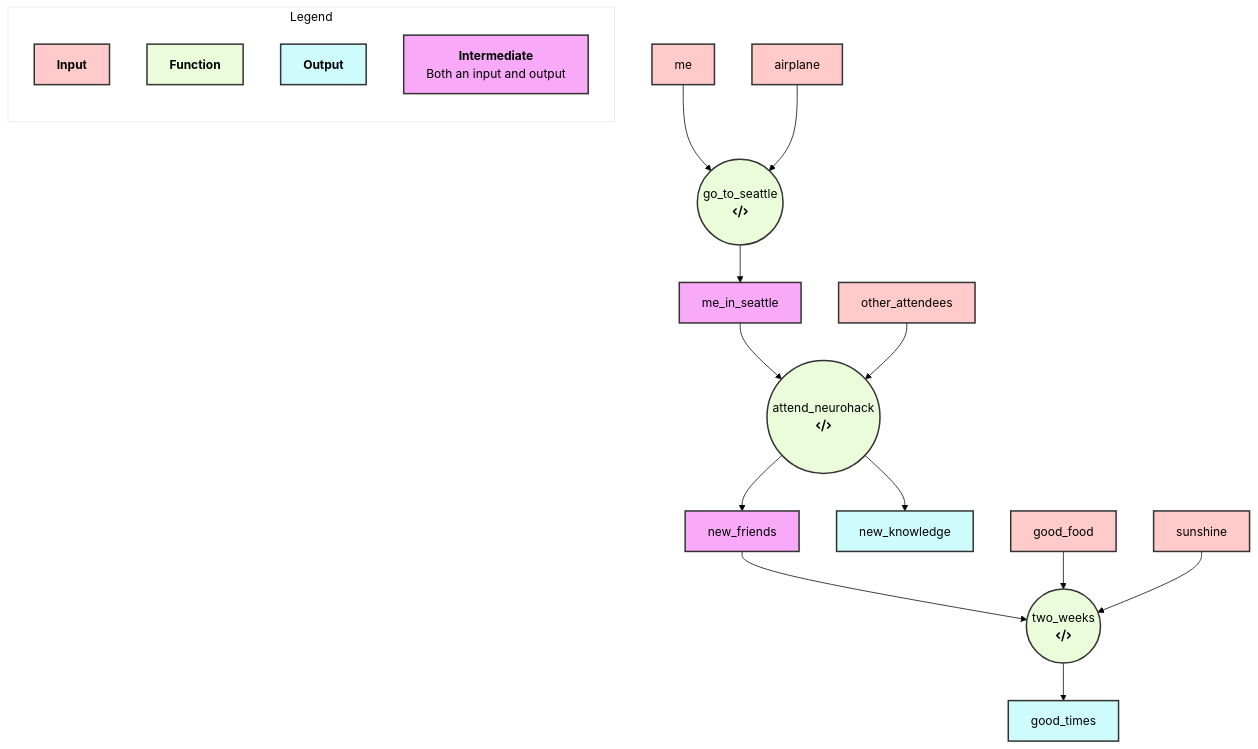
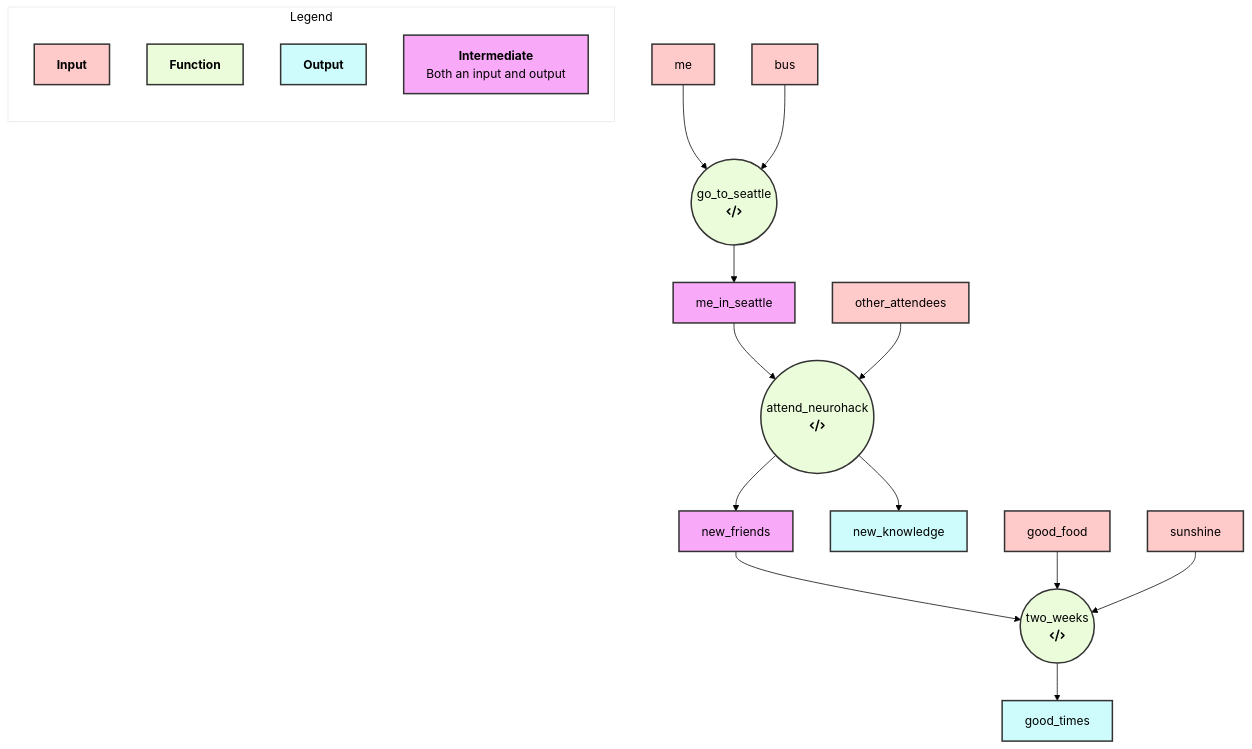
One commit to halleeshearer/scripts2viz changed the diagram in flowchart.mmd. Above: the diagram before and after it, drawn with Mermaid. The commit also changed 2 other files, not shown here.

Commit message:
Update README.md, flowchart.md, and/or flowchart.mmd with new Mermaid diagram

```diff
--- a/flowchart.mmd
+++ b/flowchart.mmd
@@ -1,58 +1,58 @@
  %%{init: {'theme':'base', 'themeVariables': {
   'primaryColor': '#ffcaca',
   'primaryTextColor': '#000',
   'primaryBorderColor': '#000000',
   'lineColor': '#000000',
   'tertiaryColor': '#fff'
 }}}%%
 graph TD
 classDef lightRed fill:#ffcaca,stroke:#333,stroke-width:2px;
 classDef lightGreen fill:#ebfcda,stroke:#333,stroke-width:2px;
 classDef lightBlue fill:#cefbfb,stroke:#333,stroke-width:2px;
 classDef lightPurple fill:#f8aaf8,stroke:#333,stroke-width:2px;
 
 subgraph Legend
     direction TB
     key1[<b>Input]:::lightRed
     key2[<b>Function]:::lightGreen
     key3[<b>Output]:::lightBlue
     key4[<b>Intermediate</b><br> Both an input and output]:::lightPurple
 end
 go_to_seattle(("go_to_seattle")):::lightGreen
 go_to_seattle(("go_to_seattle
  fa:fa-code"))
 me:::lightRed
 me --> go_to_seattle
-airplane:::lightRed
-airplane --> go_to_seattle
+bus:::lightRed
+bus --> go_to_seattle
 me_in_seattle:::lightBlue
 go_to_seattle --> me_in_seattle
 attend_neurohack(("attend_neurohack")):::lightGreen
 attend_neurohack(("attend_neurohack
  fa:fa-code"))
 me_in_seattle --> attend_neurohack
 other_attendees:::lightRed
 other_attendees --> attend_neurohack
 new_friends:::lightBlue
 attend_neurohack --> new_friends
 new_knowledge:::lightBlue
 attend_neurohack --> new_knowledge
 two_weeks(("two_weeks")):::lightGreen
 two_weeks(("two_weeks
  fa:fa-code"))
 new_friends --> two_weeks
 good_food:::lightRed
 good_food --> two_weeks
 sunshine:::lightRed
 sunshine --> two_weeks
 good_times:::lightBlue
 two_weeks --> good_times
 me:::lightRed
-airplane:::lightRed
+bus:::lightRed
 me_in_seattle:::lightPurple
 other_attendees:::lightRed
 new_friends:::lightPurple
 new_knowledge:::lightBlue
 good_food:::lightRed
 sunshine:::lightRed
 good_times:::lightBlue
```
